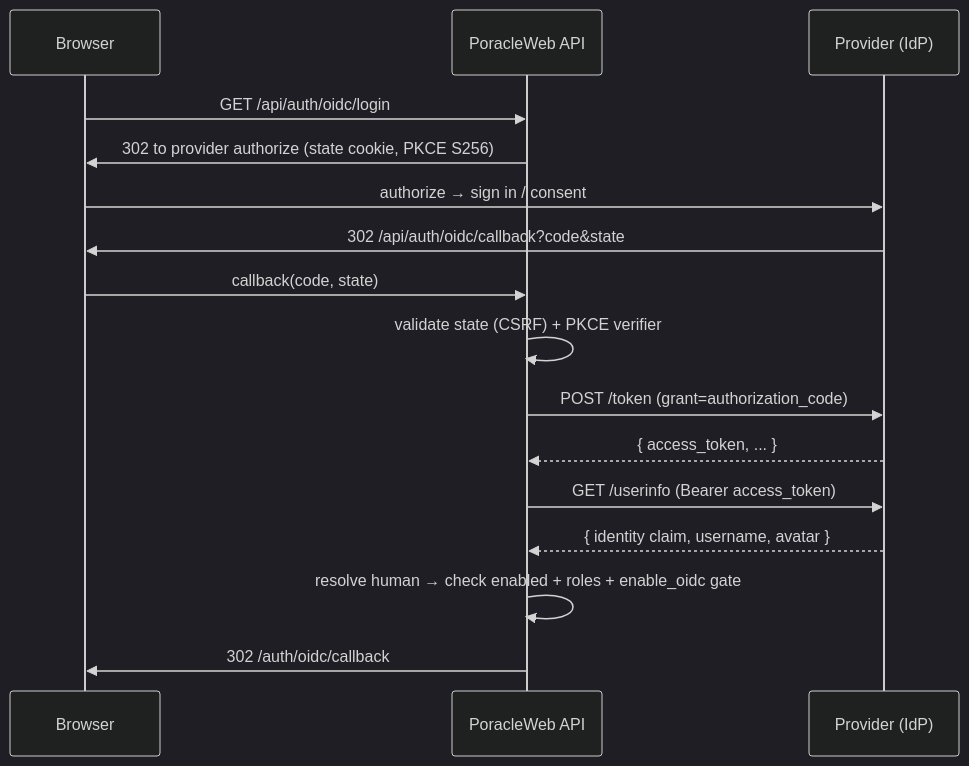
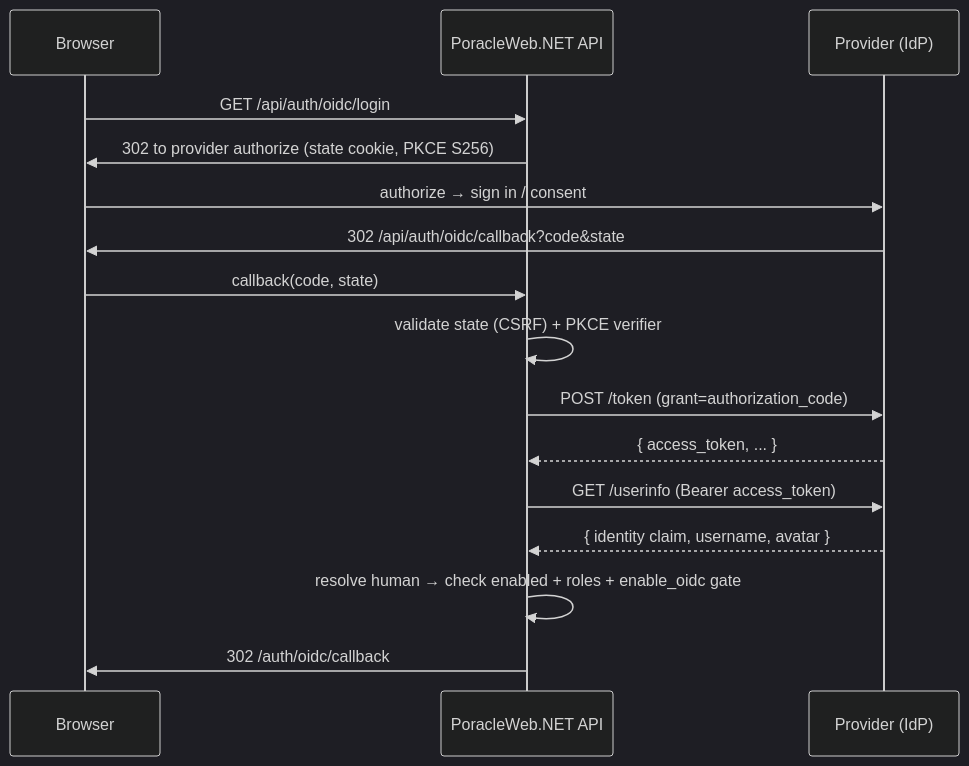
The diagram in docs/configuration/external-sso.md (PGAN-Dev/PoracleWeb.NET), drawn with Mermaid (dark theme) before and after one commit. The commit also changed other lines of this file and 7 other files, not shown here.

````diff
--- a/docs/configuration/external-sso.md
+++ b/docs/configuration/external-sso.md
@@ -35,18 +35,18 @@
 ```mermaid
 sequenceDiagram
   participant B as Browser
-  participant P as PoracleWeb API
+  participant P as PoracleWeb.NET API
   participant I as Provider (IdP)
   B->>P: GET /api/auth/oidc/login
   P->>B: 302 to provider authorize (state cookie, PKCE S256)
   B->>I: authorize → sign in / consent
   I->>B: 302 /api/auth/oidc/callback?code&state
   B->>P: callback(code, state)
   P->>P: validate state (CSRF) + PKCE verifier
   P->>I: POST /token (grant=authorization_code)
   I-->>P: { access_token, ... }
   P->>I: GET /userinfo (Bearer access_token)
   I-->>P: { identity claim, username, avatar }
   P->>P: resolve human → check enabled + roles + enable_oidc gate
   P->>B: 302 /auth/oidc/callback#token=JWT
 ```
````
